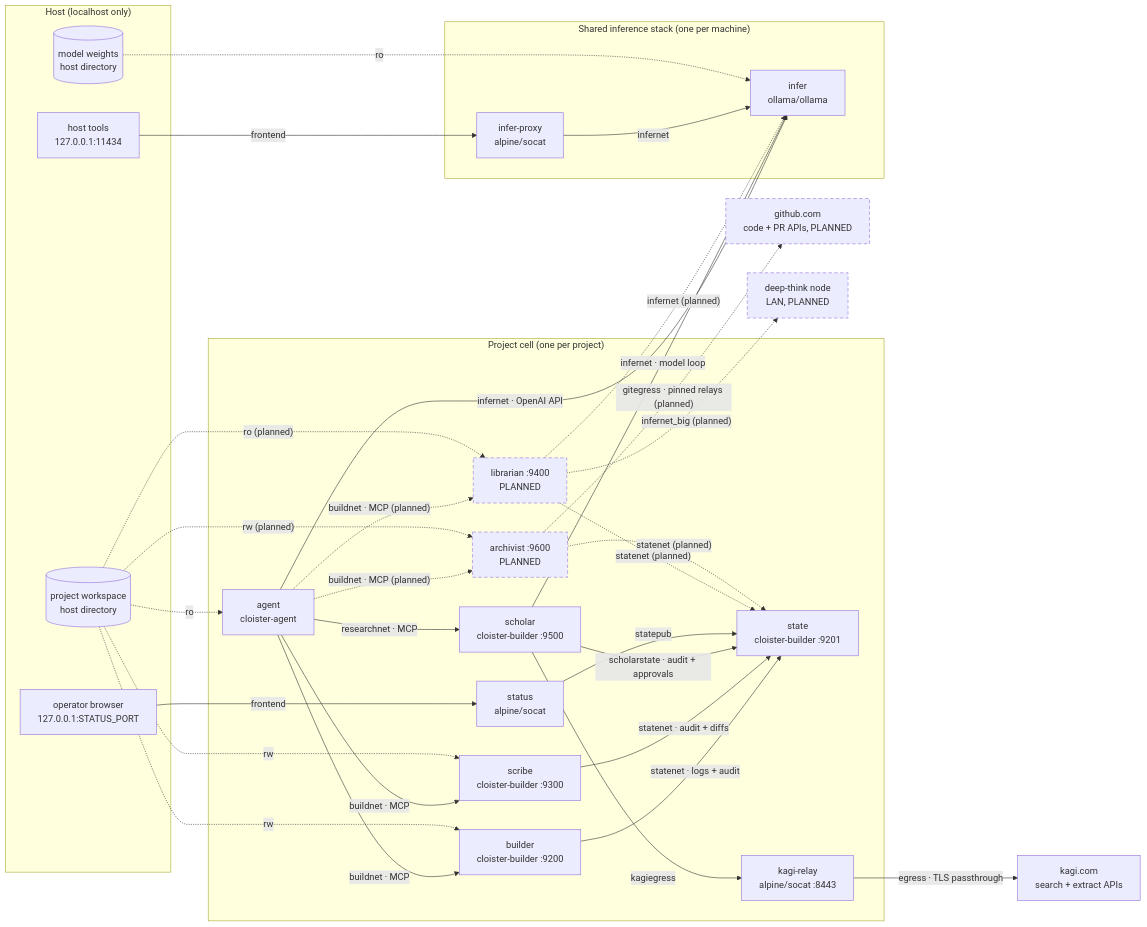
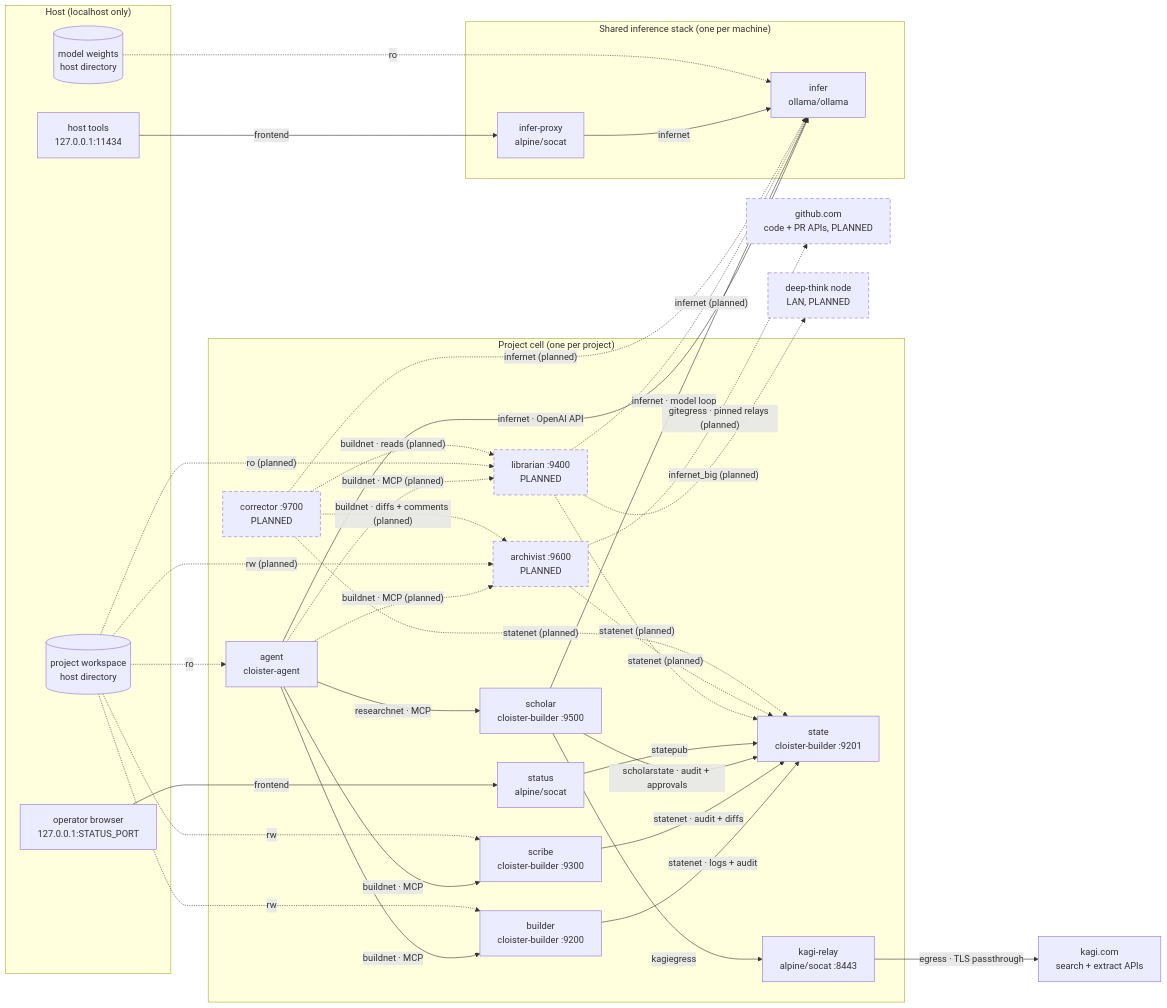
Before and after one commit to jeffbstewart/cloister: the diagram in docs/ARCHITECTURE.md, drawn with Mermaid. The commit also changed other lines of this file and 1 other file, not shown here.

Commit message:
Add corrector design doc: the code-review worker
The corrector composes the other authorities and holds none of its own:
tree context via the librarian, diffs and revision-pinned reads via the
archivist, findings posted through the archivist's comment verbs (the
archivist stays the sole GitHub toucher), engine-routed inference for
the lens passes.  Advice, never a gate.  Ten lenses (correctness, house
conventions, security invariants, test adequacy, style, dependency
pushback, documentation currency, simplicity, reuse/duplication,
description-matches-change), each grounded with file:line citations.
Three triggers: agent self-review before propose, auto-on-propose
residual findings as PR comments, and operator-requested review of ANY
PR by number from the status page — author-agnostic by decision.  Asks
two read-only additions of the archivist contract: file_at(ref, path)
and PR reads by explicit number.  ARCHITECTURE.md gains the corrector
as PLANNED.

````diff
--- a/docs/ARCHITECTURE.md
+++ b/docs/ARCHITECTURE.md
@@ -17,63 +17,68 @@
 ```mermaid
 flowchart LR
   subgraph host["Host (localhost only)"]
     op["operator browser<br/>127.0.0.1:STATUS_PORT"]
     dbg["host tools<br/>127.0.0.1:11434"]
     ws[("project workspace<br/>host directory")]
     models[("model weights<br/>host directory")]
   end
 
   subgraph cell["Project cell (one per project)"]
     agent["agent<br/>cloister-agent"]
     builder["builder<br/>cloister-builder :9200"]
     scribe["scribe<br/>cloister-builder :9300"]
     scholar["scholar<br/>cloister-builder :9500"]
     state["state<br/>cloister-builder :9201"]
     status["status<br/>alpine/socat"]
     krelay["kagi-relay<br/>alpine/socat :8443"]
     librarian["librarian :9400<br/>PLANNED"]
     archivist["archivist :9600<br/>PLANNED"]
+    corrector["corrector :9700<br/>PLANNED"]
   end
 
   subgraph infra["Shared inference stack (one per machine)"]
     infer["infer<br/>ollama/ollama"]
     iproxy["infer-proxy<br/>alpine/socat"]
   end
 
   kagi["kagi.com<br/>search + extract APIs"]
   gh["github.com<br/>code + PR APIs, PLANNED"]
   mac["deep-think node<br/>LAN, PLANNED"]
 
   agent -- "buildnet · MCP" --> builder
   agent -- "buildnet · MCP" --> scribe
   agent -- "researchnet · MCP" --> scholar
   agent -- "infernet · OpenAI API" --> infer
   scholar -- "infernet · model loop" --> infer
   builder -- "statenet · logs + audit" --> state
   scribe -- "statenet · audit + diffs" --> state
   scholar -- "scholarstate · audit + approvals" --> state
   scholar -- "kagiegress" --> krelay
   krelay -- "egress · TLS passthrough" --> kagi
   op -- "frontend" --> status
   status -- "statepub" --> state
   dbg -- "frontend" --> iproxy
   iproxy -- "infernet" --> infer
 
   ws -. "ro" .-> agent
   ws -. "rw" .-> builder
   ws -. "rw" .-> scribe
   models -. "ro" .-> infer
 
   agent -. "buildnet · MCP (planned)" .-> librarian
   ws -. "ro (planned)" .-> librarian
   librarian -. "infernet (planned)" .-> infer
   librarian -. "statenet (planned)" .-> state
   librarian -. "infernet_big (planned)" .-> mac
   agent -. "buildnet · MCP (planned)" .-> archivist
   ws -. "rw (planned)" .-> archivist
   archivist -. "statenet (planned)" .-> state
   archivist -. "gitegress · pinned relays (planned)" .-> gh
+  corrector -. "buildnet · reads (planned)" .-> librarian
+  corrector -. "buildnet · diffs + comments (planned)" .-> archivist
+  corrector -. "infernet (planned)" .-> infer
+  corrector -. "statenet (planned)" .-> state
 
   classDef planned stroke-dasharray: 6 4;
-  class librarian,archivist,gh,mac planned
+  class librarian,archivist,corrector,gh,mac planned
 ```
````
